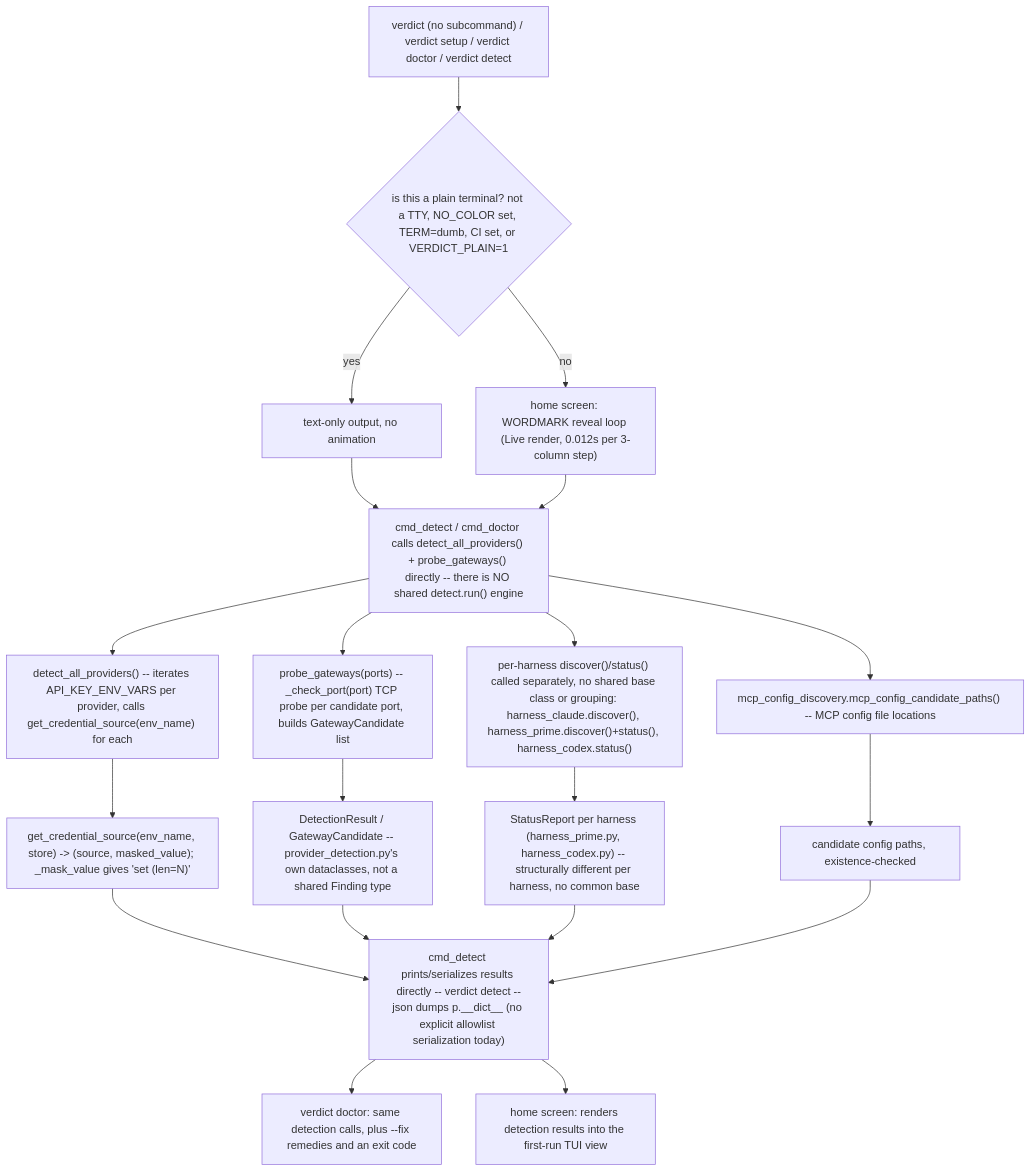
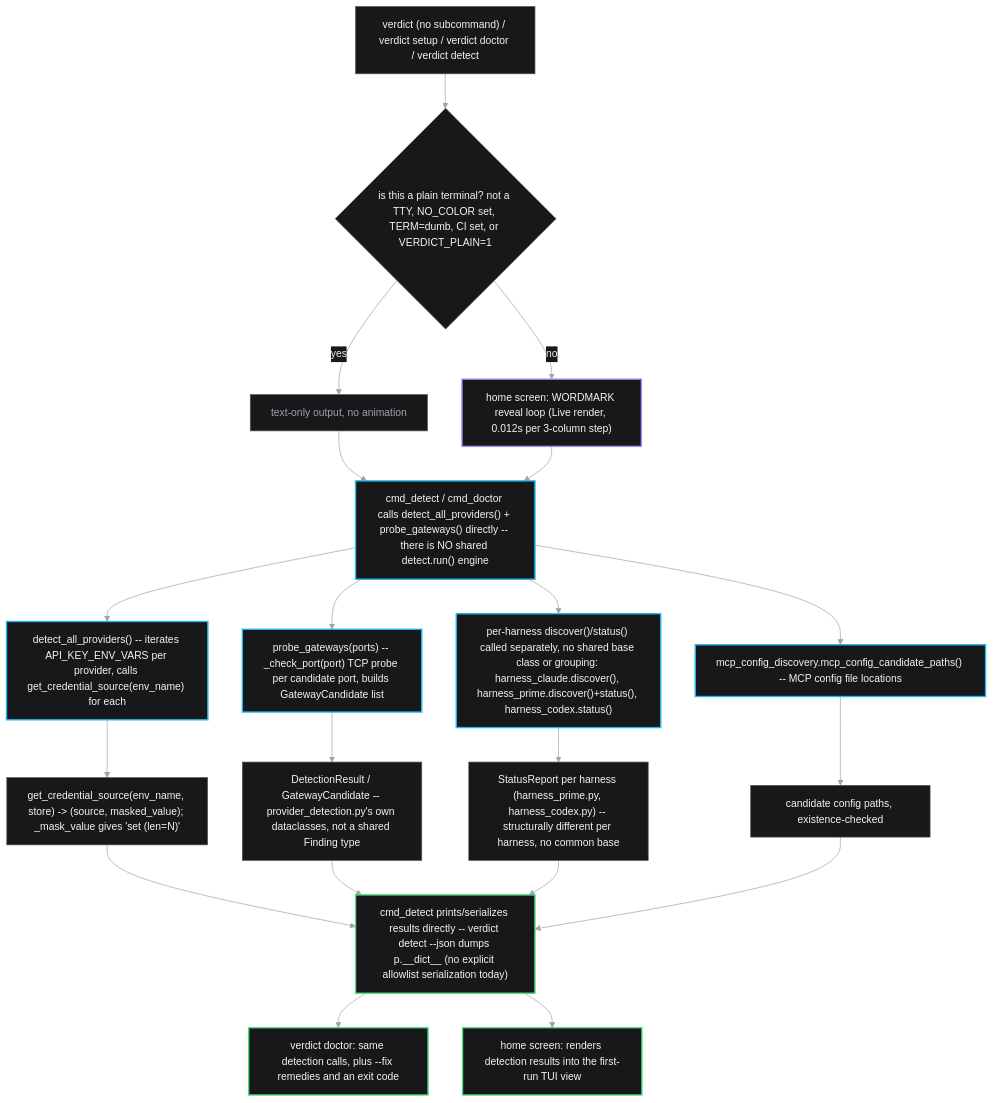
The diagram in diagrams/setup-detection-flow.mmd (mrnicholasbcarter-code/verdict-core), drawn with Mermaid before and after one commit. The commit also changed 10 other files, not shown here.

First line of the commit message:
docs: Verdict visual theme for all Mermaid diagrams

```diff
--- a/diagrams/setup-detection-flow.mmd
+++ b/diagrams/setup-detection-flow.mmd
@@ -1,54 +1,70 @@
 %% setup-detection-flow.mmd -- verdict / verdict setup / verdict doctor / verdict detect
 %% Source (verified against code at this commit):
-%%   verdict/terminal_ui.py, verdict/home.py, verdict/orchestration/tui.py (three separate copies of the same plain-mode predicate)
+%%   verdict/terminal_ui.py (TerminalUI.plain via verdict.design.presentation_mode), verdict/home.py (_plain, its own copy), verdict/orchestration/tui.py (plain_mode delegates to verdict.design.presentation_mode)
 %%   verdict/provider_detection.py (detect_all_providers, probe_gateways, _check_port)
 %%   verdict/harness_claude.py, verdict/harness_prime.py, verdict/harness_codex.py (per-harness discover/status, no shared base)
 %%   verdict/credentials_store.py (get_credential_source), verdict/mcp_config_discovery.py (mcp_config_candidate_paths)
 %%   verdict/cli.py (cmd_detect, cmd_doctor)
+%% Verdict visual theme. Hex from origin/feat/visual-system-core:verdict/design.py PALETTE
+%% (PR #724). Mermaid base themeVariables cannot name classes, so classDef repeats them.
+%% background #101014  surface #18181b  text #f4f4f5  secondary #a1a1aa  muted #92929e
+%% purple #a78bfa  cyan #22b8eb  success #4ade80  amber #f5b00b  red #f87171  border #52525b
+%%{init: {'theme':'base','themeVariables':{'darkMode':true,'background':'#101014','fontFamily':'ui-sans-serif, system-ui, sans-serif','fontSize':'15px','primaryColor':'#18181b','primaryTextColor':'#f4f4f5','primaryBorderColor':'#52525b','secondaryColor':'#18181b','secondaryTextColor':'#f4f4f5','secondaryBorderColor':'#52525b','tertiaryColor':'#101014','tertiaryTextColor':'#f4f4f5','tertiaryBorderColor':'#52525b','lineColor':'#a1a1aa','textColor':'#f4f4f5','mainBkg':'#18181b','nodeTextColor':'#f4f4f5','nodeBorder':'#52525b','clusterBkg':'#101014','clusterBorder':'#52525b','titleColor':'#f4f4f5','edgeLabelBackground':'#18181b','noteBkgColor':'#18181b','noteTextColor':'#f4f4f5','noteBorderColor':'#52525b','actorBkg':'#18181b','actorBorder':'#a78bfa','actorTextColor':'#f4f4f5','signalColor':'#22b8eb','signalTextColor':'#f4f4f5','labelBoxBkgColor':'#18181b','labelTextColor':'#f4f4f5','activationBkgColor':'#101014','activationBorderColor':'#22b8eb','sequenceNumberColor':'#101014'}}}%%
 flowchart TD
     START["verdict (no subcommand) / verdict setup / verdict doctor / verdict detect"]
     START --> PLAIN{"is this a plain terminal? not a TTY, NO_COLOR set, TERM=dumb, CI set, or VERDICT_PLAIN=1"}
     PLAIN -- yes --> TEXT["text-only output, no animation"]
     PLAIN -- no --> SPLASH["home screen: WORDMARK reveal loop (Live render, 0.012s per 3-column step)"]
     TEXT --> DETECT
     SPLASH --> DETECT["cmd_detect / cmd_doctor calls detect_all_providers() + probe_gateways() directly -- there is NO shared detect.run() engine"]
 
     DETECT --> PROV["detect_all_providers() -- iterates API_KEY_ENV_VARS per provider, calls get_credential_source(env_name) for each"]
     DETECT --> GATE["probe_gateways(ports) -- _check_port(port) TCP probe per candidate port, builds GatewayCandidate list"]
     DETECT --> HARN["per-harness discover()/status() called separately, no shared base class or grouping: harness_claude.discover(), harness_prime.discover()+status(), harness_codex.status()"]
     DETECT --> MCP["mcp_config_discovery.mcp_config_candidate_paths() -- MCP config file locations"]
 
     PROV --> CRED["get_credential_source(env_name, store) -> (source, masked_value); _mask_value gives 'set (len=N)'"]
     GATE --> GRES["DetectionResult / GatewayCandidate -- provider_detection.py's own dataclasses, not a shared Finding type"]
     HARN --> HRES["StatusReport per harness (harness_prime.py, harness_codex.py) -- structurally different per harness, no common base"]
     MCP --> MRES["candidate config paths, existence-checked"]
 
     CRED --> OUT1["cmd_detect prints/serializes results directly -- verdict detect --json dumps p.__dict__ (no explicit allowlist serialization today)"]
     GRES --> OUT1
     HRES --> OUT1
     MRES --> OUT1
 
     OUT1 --> OUT2["verdict doctor: same detection calls, plus --fix remedies and an exit code"]
     OUT1 --> OUT3["home screen: renders detection results into the first-run TUI view"]
 
 %% NOTE (aspirational, not present in code): an earlier draft of this diagram described a unified
 %% Finding(group, key, state, label, detail, evidence, remedy, blocking, elapsed_ms) record and a
 %% DetectionReport with a sha256 canonical-JSON digest, fed by six named groups through one
 %% detect.run() engine. No such module or shared type exists in verdict/ at this commit -- what
 %% exists is the scattered set of dataclasses shown above, called directly by cmd_detect/cmd_doctor.
-%% evidence: verdict/terminal_ui.py:71-77 TerminalUI.plain predicate (not TTY / NO_COLOR / TERM=dumb / CI / VERDICT_PLAIN=1)
+%% evidence: verdict/terminal_ui.py:80 TerminalUI.plain = not presentation_mode(...).color or VERDICT_PLAIN=1; verdict/design.py:118-122 plain = not TTY or NO_COLOR or CI or TERM=dumb or VERDICT_PLAIN=1
 %% evidence: verdict/home.py:65-72 def _plain(console) -- a SEPARATE copy of the identical predicate
-%% evidence: verdict/orchestration/tui.py:840-848 def plain_mode(console) -- a THIRD separate copy, docstring says "Same fallback rules as verdict.terminal_ui.TerminalUI"
+%% evidence: verdict/orchestration/tui.py:928 def plain_mode(console) -- delegates to verdict.design.presentation_mode (same rules: not a TTY, NO_COLOR, CI, TERM=dumb, VERDICT_PLAIN=1); no longer an inline copy
 %% evidence: verdict/home.py:30 WORDMARK = (...); home.py:255 for step in range(0, len(WORDMARK[0]) + 1, 3): -- the reveal loop (NOT lines 265-274 as an earlier draft claimed)
 %% evidence: verdict/cli.py:1119 def cmd_detect(...); cli.py:2602 def cmd_doctor(fix=False, output_json=False)
 %% evidence: verdict/provider_detection.py:602 def detect_all_providers() -> DetectionResult
 %% evidence: verdict/provider_detection.py:146 def probe_gateways(ports) -> list[GatewayCandidate]
 %% evidence: verdict/provider_detection.py:267 def _check_port(port, host) -> bool
 %% evidence: verdict/provider_detection.py:233 API_KEY_ENV_VARS = {...} (provider id -> list of env var names)
 %% evidence: verdict/harness_claude.py:121 def discover(...)
 %% evidence: verdict/harness_prime.py:120 def discover(...); harness_prime.py:225 def status(*, prime_home=None) -> StatusReport
 %% evidence: verdict/harness_codex.py:199 def status(*, codex_home=None) -> StatusReport (harness_codex.py has no separate discover(); status() covers it)
 %% evidence: verdict/credentials_store.py:200 def get_credential_source(env_name, store) -> tuple[str, str]
 %% evidence: verdict/mcp_config_discovery.py:136 def mcp_config_candidate_paths(...)
 %% evidence: verdict/cli.py -- verdict detect --json path dumps a dataclass via __dict__ (grep confirms no explicit field allowlist exists at this commit)
 %% NOTE (aspirational, not present in code): an earlier draft of this diagram described a unified `Finding(group, key, state, label, detail, evidence, remedy, blocking, elapsed_ms)` record and a `DetectionReport` with a sha256 canonical-JSON digest, fed by six named groups (environment/gateway/credentials/harnesses/integrations/config) through one `detect.run()` engine. Grepping `class Finding`, `DetectionReport`, and `detect.run(` across verdict/ found no such module or shared type. What exists today is the scattered set of dataclasses shown above (DetectionResult, GatewayCandidate, per-harness StatusReport), called directly and separately by cmd_detect/cmd_doctor. Treat the unified Finding/DetectionReport model as a design proposal, not current code.
+
+classDef active fill:#18181b,stroke:#22b8eb,color:#f4f4f5,stroke-width:2px
+classDef selected fill:#18181b,stroke:#a78bfa,color:#f4f4f5,stroke-width:2px
+classDef cooldown fill:#18181b,stroke:#f5b00b,color:#f4f4f5,stroke-width:2px
+classDef failed fill:#18181b,stroke:#f87171,color:#f4f4f5,stroke-width:2px
+classDef validated fill:#18181b,stroke:#4ade80,color:#f4f4f5,stroke-width:2px
+classDef muted fill:#18181b,stroke:#52525b,color:#a1a1aa,stroke-width:1px
+class DETECT,PROV,GATE,HARN,MCP active
+class TEXT muted
+class SPLASH selected
+class OUT1,OUT2,OUT3 validated
```
